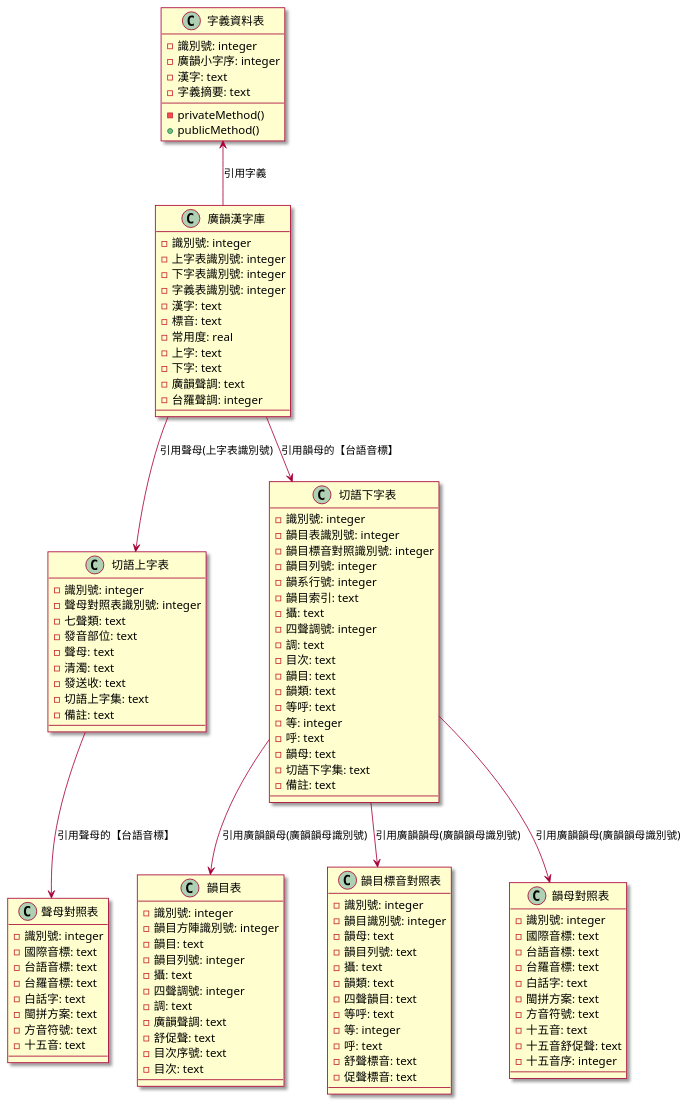
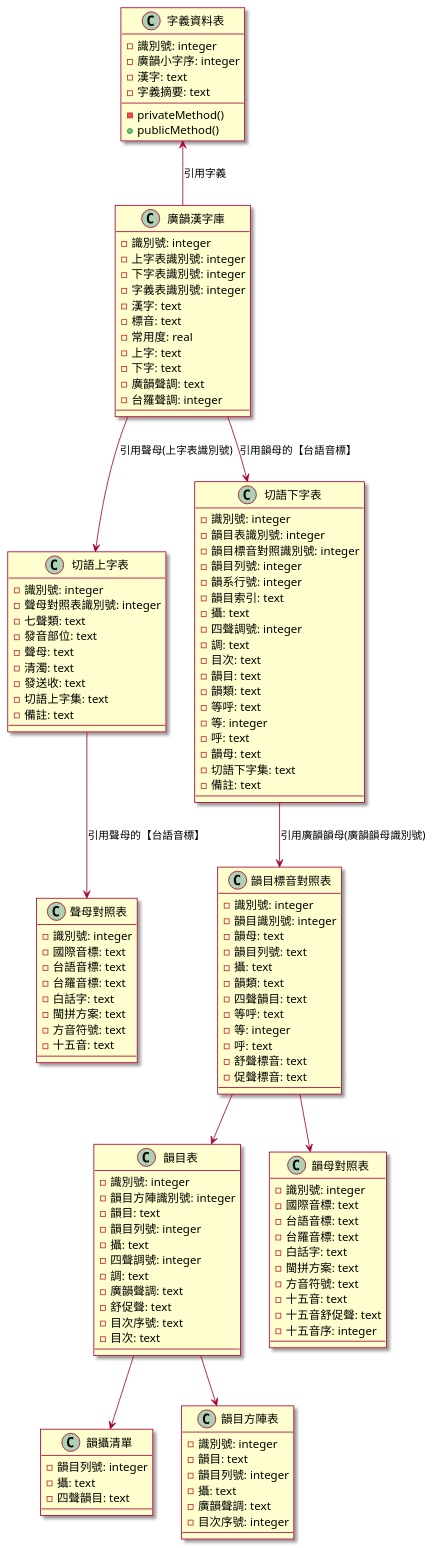
Before and after one commit to AlanJui/Piau-Im: the diagram in Documents/廣韻/SDD-100_廣韻漢字庫資料模型.md, drawn with PlantUML.

Commit message:
製作技術文件

```diff
--- a/Documents/廣韻/SDD-100_廣韻漢字庫資料模型.md
+++ b/Documents/廣韻/SDD-100_廣韻漢字庫資料模型.md
@@ -5,127 +5,147 @@
 skin rose
 
 class 字義資料表 {
-- 識別號: integer
-- 廣韻小字序: integer
-- 漢字: text
-- 字義摘要: text
+    - 識別號: integer
+    - 廣韻小字序: integer
+    - 漢字: text
+    - 字義摘要: text
 
--privateMethod()
-+publicMethod()
+    -privateMethod()
+    +publicMethod()
 }
 
 字義資料表 <-- 廣韻漢字庫 : 引用字義
 
 class 廣韻漢字庫 {
-- 識別號: integer
-- 上字表識別號: integer
-- 下字表識別號: integer
-- 字義表識別號: integer
-- 漢字: text
-- 標音: text
-- 常用度: real
-- 上字: text
-- 下字: text
-- 廣韻聲調: text
-- 台羅聲調: integer
+    - 識別號: integer
+    - 上字表識別號: integer
+    - 下字表識別號: integer
+    - 字義表識別號: integer
+    - 漢字: text
+    - 標音: text
+    - 常用度: real
+    - 上字: text
+    - 下字: text
+    - 廣韻聲調: text
+    - 台羅聲調: integer
 }
 
 廣韻漢字庫 --> 切語上字表 : 引用聲母(上字表識別號)
 
 class 切語上字表 {
-- 識別號: integer
-- 聲母對照表識別號: integer
-- 七聲類: text
-- 發音部位: text
-- 聲母: text
-- 清濁: text
-- 發送收: text
-- 切語上字集: text
-- 備註: text
+    - 識別號: integer
+    - 聲母對照表識別號: integer
+    - 七聲類: text
+    - 發音部位: text
+    - 聲母: text
+    - 清濁: text
+    - 發送收: text
+    - 切語上字集: text
+    - 備註: text
 }
 
 切語上字表 --> 聲母對照表 : 引用聲母的【台語音標】
 
 class 聲母對照表 {
-- 識別號: integer
-- 國際音標: text
-- 台語音標: text
-- 台羅音標: text
-- 白話字: text
-- 閩拼方案: text
-- 方音符號: text
-- 十五音: text
+    - 識別號: integer
+    - 國際音標: text
+    - 台語音標: text
+    - 台羅音標: text
+    - 白話字: text
+    - 閩拼方案: text
+    - 方音符號: text
+    - 十五音: text
 }
 
 廣韻漢字庫 --> 切語下字表 : 引用韻母的【台語音標】
 
 class 切語下字表 {
-- 識別號: integer
-- 韻目表識別號: integer
-- 韻目標音對照識別號: integer
-- 韻目列號: integer
-- 韻系行號: integer
-- 韻目索引: text
-- 攝: text
-- 四聲調號: integer
-- 調: text
-- 目次: text
-- 韻目: text
-- 韻類: text
-- 等呼: text
-- 等: integer
-- 呼: text
-- 韻母: text
-- 切語下字集: text
-- 備註: text
-}
-
-切語下字表 --> 韻目表 : 引用廣韻韻母(廣韻韻母識別號)
-
-class 韻目表 {
-- 識別號: integer
-- 韻目方陣識別號: integer
-- 韻目: text
-- 韻目列號: integer
-- 攝: text
-- 四聲調號: integer
-- 調: text
-- 廣韻聲調: text
-- 舒促聲: text
-- 目次序號: text
-- 目次: text
+    - 識別號: integer
+    - 韻目表識別號: integer
+    - 韻目標音對照識別號: integer
+    - 韻目列號: integer
+    - 韻系行號: integer
+    - 韻目索引: text
+    - 攝: text
+    - 四聲調號: integer
+    - 調: text
+    - 目次: text
+    - 韻目: text
+    - 韻類: text
+    - 等呼: text
+    - 等: integer
+    - 呼: text
+    - 韻母: text
+    - 切語下字集: text
+    - 備註: text
 }
 
 切語下字表 --> 韻目標音對照表 : 引用廣韻韻母(廣韻韻母識別號)
 
 class 韻目標音對照表 {
-- 識別號: integer
-- 韻目識別號: integer
-- 韻母: text
-- 韻目列號: text
-- 攝: text
-- 韻類: text
-- 四聲韻目: text
-- 等呼: text
-- 等: integer
-- 呼: text
-- 舒聲標音: text
-- 促聲標音: text
+    - 識別號: integer
+    - 韻目識別號: integer
+    - 韻母: text
+    - 韻目列號: text
+    - 攝: text
+    - 韻類: text
+    - 四聲韻目: text
+    - 等呼: text
+    - 等: integer
+    - 呼: text
+    - 舒聲標音: text
+    - 促聲標音: text
 }
 
-切語下字表 --> 韻母對照表 : 引用廣韻韻母(廣韻韻母識別號)
+韻目標音對照表 --> 韻目表
+
+class 韻目表 {
+    - 識別號: integer
+    - 韻目方陣識別號: integer
+    - 韻目: text
+    - 韻目列號: integer
+    - 攝: text
+    - 四聲調號: integer
+    - 調: text
+    - 廣韻聲調: text
+    - 舒促聲: text
+    - 目次序號: text
+    - 目次: text
+}
+
+韻目表 --> 韻攝清單
+
+class 韻攝清單 {
+    - 韻目列號: integer
+    - 攝: text
+    - 四聲韻目: text
+}
+
+韻目表 --> 韻目方陣表
+
+class 韻目方陣表 {
+    - 識別號: integer
+    - 韻目: text
+    - 韻目列號: integer
+    - 攝: text
+    - 廣韻聲調: text
+    - 目次序號: integer
+}
+
+
+韻目標音對照表 --> 韻母對照表
 
 class 韻母對照表 {
-- 識別號: integer
-- 國際音標: text
-- 台語音標: text
-- 台羅音標: text
-- 白話字: text
-- 閩拼方案: text
-- 方音符號: text
-- 十五音: text
-- 十五音舒促聲: text
-- 十五音序: integer
+    - 識別號: integer
+    - 國際音標: text
+    - 台語音標: text
+    - 台羅音標: text
+    - 白話字: text
+    - 閩拼方案: text
+    - 方音符號: text
+    - 十五音: text
+    - 十五音舒促聲: text
+    - 十五音序: integer
 }
 
 @enduml
```
